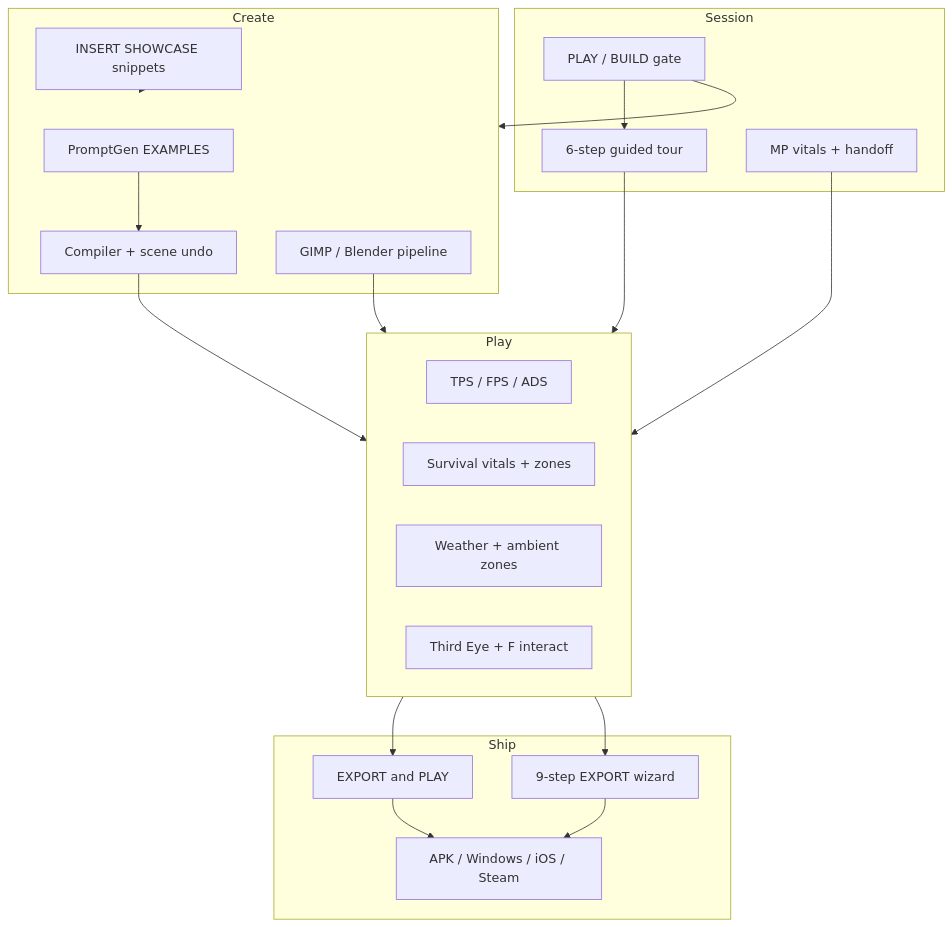
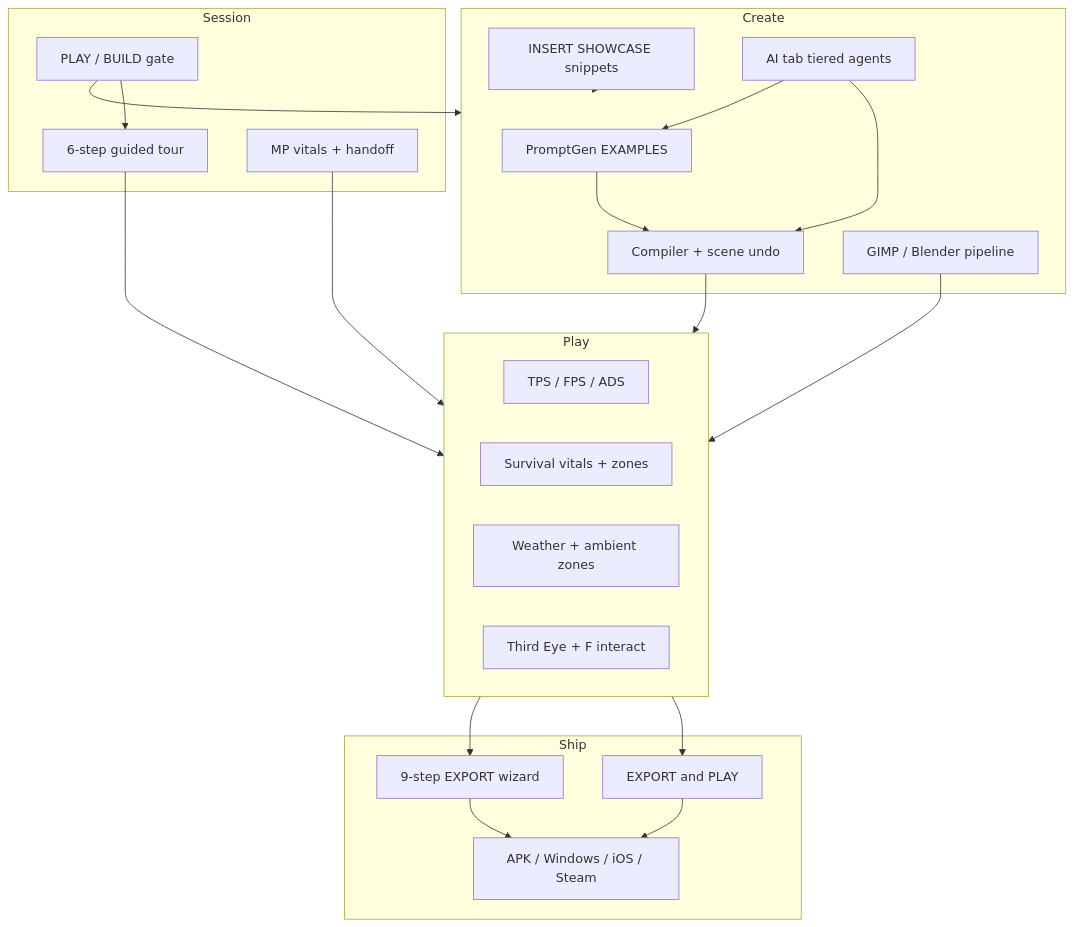
The diagram in docs/README.md (medicinalsheep/threshold), drawn with Mermaid before and after one commit. The commit also changed other lines of this file and 86 other files, not shown here.

````diff
--- a/docs/README.md
+++ b/docs/README.md
@@ -25,33 +25,36 @@
 ```mermaid
 flowchart TB
     subgraph session [Session]
         MODE[PLAY / BUILD gate]
         TOUR[6-step guided tour]
         MP[MP vitals + handoff]
     end
     subgraph play [Play]
         TPS[TPS / FPS / ADS]
         SURV[Survival vitals + zones]
         WX[Weather + ambient zones]
         TE[Third Eye + F interact]
     end
     subgraph create [Create]
         SNIP[INSERT SHOWCASE snippets]
         PG[PromptGen EXAMPLES]
         COMP[Compiler + scene undo]
         ART[GIMP / Blender pipeline]
+        AI[AI tab tiered agents]
     end
     subgraph ship [Ship]
         QEP[EXPORT and PLAY]
         EXP[9-step EXPORT wizard]
         NAT[APK / Windows / iOS / Steam]
     end
     MODE --> TOUR --> play
     MODE --> create
     SNIP --> create
     PG --> COMP --> play
     ART --> play
+    AI --> COMP
+    AI --> PG
     play --> QEP --> NAT
     play --> EXP --> NAT
     MP --> play
 ```
````
